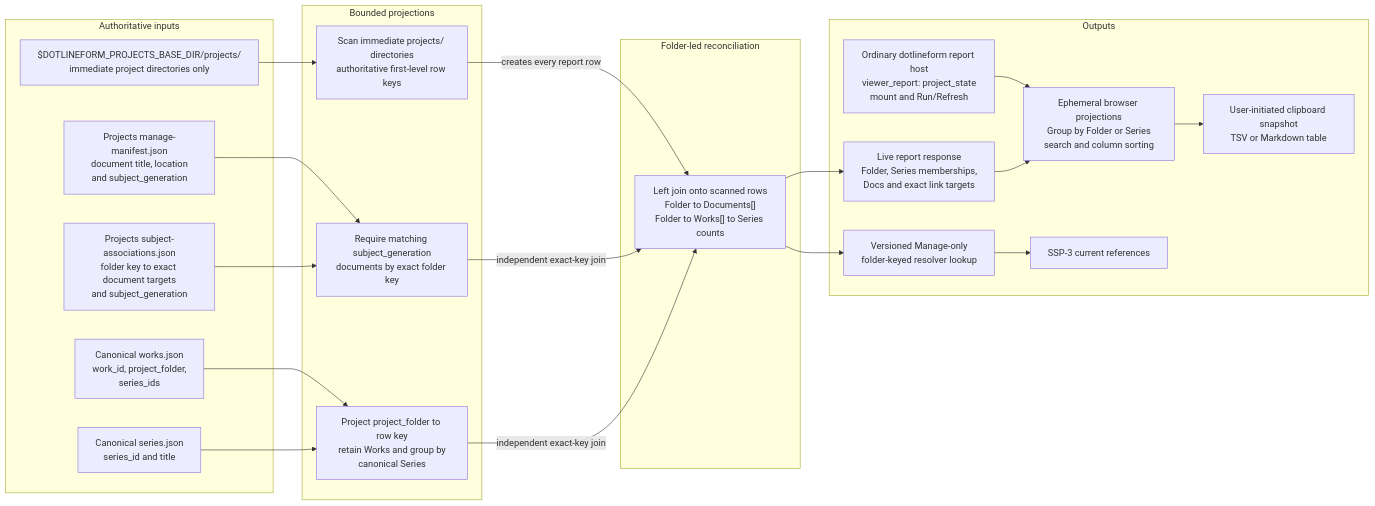
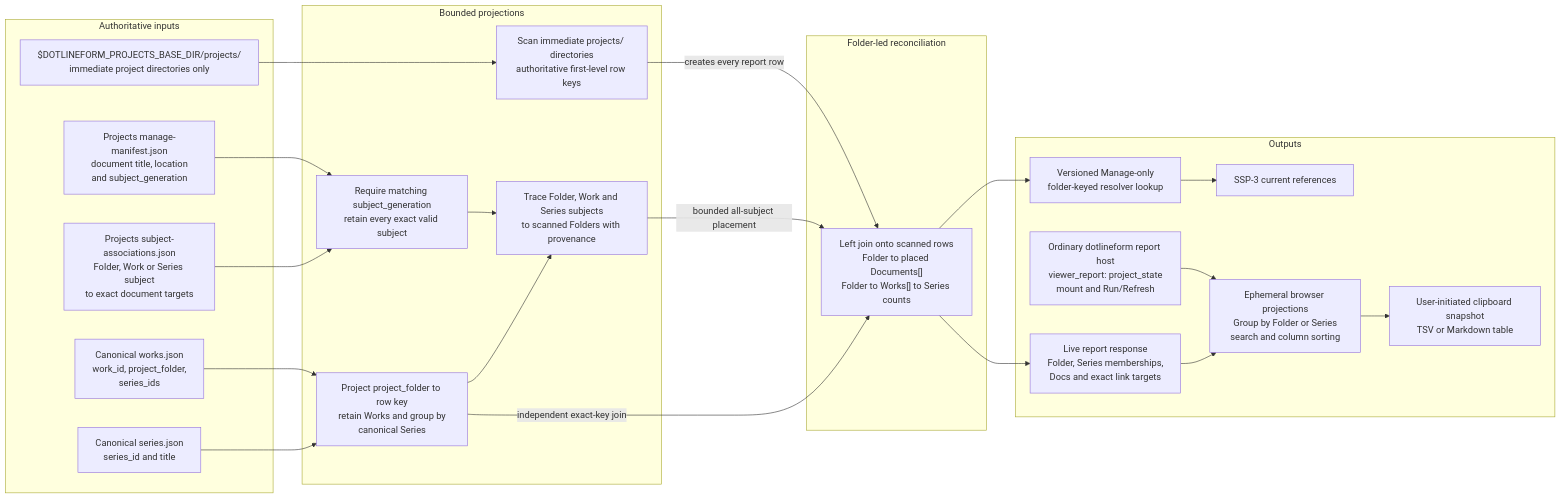
Before and after one commit to dotlineform/dotlineform-site: the diagram in docs-viewer/scopes/studio/source/documents/d-20260802-121105-c574f9.md, drawn with Mermaid. The commit also changed other lines of this file and 16 other files, not shown here.

````diff
--- a/docs-viewer/scopes/studio/source/documents/d-20260802-121105-c574f9.md
+++ b/docs-viewer/scopes/studio/source/documents/d-20260802-121105-c574f9.md
@@ -42,45 +42,48 @@
 ```mermaid
 flowchart LR
     accTitle: Project State report data flow
-    accDescr: The projects folder scan establishes the real-folder rows. Matching Projects document associations and canonical Works join independently by exact folder key. Works are grouped through canonical Series before the live report and resolver lookup are produced.
+    accDescr: The projects folder scan establishes the real-folder rows. Canonical Works join by exact project folder, then exact Folder, Work and Series document subjects trace into those established rows with provenance.
 
     subgraph inputs["Authoritative inputs"]
         folders["$DOTLINEFORM_PROJECTS_BASE_DIR/projects/<br/>immediate project directories only"]
         projectManifest["Projects manage-manifest.json<br/>document title, location<br/>and subject_generation"]
-        associations["Projects subject-associations.json<br/>folder key to exact document targets<br/>and subject_generation"]
+        associations["Projects subject-associations.json<br/>Folder, Work or Series subject<br/>to exact document targets"]
         works["Canonical works.json<br/>work_id, project_folder,<br/>series_ids"]
         series["Canonical series.json<br/>series_id and title"]
     end
 
     subgraph projections["Bounded projections"]
         scannedRows["Scan immediate projects/ directories<br/>authoritative first-level row keys"]
-        docsByFolder["Require matching subject_generation<br/>documents by exact folder key"]
+        docsBySubject["Require matching subject_generation<br/>retain every exact valid subject"]
         worksByFolder["Project project_folder to row key<br/>retain Works and group by<br/>canonical Series"]
+        documentPlacements["Trace Folder, Work and Series subjects<br/>to scanned Folders with provenance"]
     end
 
     subgraph reconciliation["Folder-led reconciliation"]
-        join["Left join onto scanned rows<br/>Folder to Documents[]<br/>Folder to Works[] to Series counts"]
+        join["Left join onto scanned rows<br/>Folder to placed Documents[]<br/>Folder to Works[] to Series counts"]
     end
 
     subgraph outputs["Outputs"]
         liveResult["Live report response<br/>Folder, Series memberships,<br/>Docs and exact link targets"]
         reportHost["Ordinary dotlineform report host<br/>viewer_report: project_state<br/>mount and Run/Refresh"]
         browserRows["Ephemeral browser projections<br/>Group by Folder or Series<br/>search and column sorting"]
         clipboard["User-initiated clipboard snapshot<br/>TSV or Markdown table"]
         folderLookup["Versioned Manage-only<br/>folder-keyed resolver lookup"]
         resolver["SSP-3 current references"]
     end
 
     folders --> scannedRows
     scannedRows -->|"creates every report row"| join
-    projectManifest --> docsByFolder
-    associations --> docsByFolder
-    docsByFolder -->|"independent exact-key join"| join
+    projectManifest --> docsBySubject
+    associations --> docsBySubject
     works --> worksByFolder
     series --> worksByFolder
     worksByFolder -->|"independent exact-key join"| join
+    docsBySubject --> documentPlacements
+    worksByFolder --> documentPlacements
+    documentPlacements -->|"bounded all-subject placement"| join
     reportHost --> browserRows
     join --> liveResult --> browserRows
     browserRows --> clipboard
     join --> folderLookup --> resolver
 ```
````
